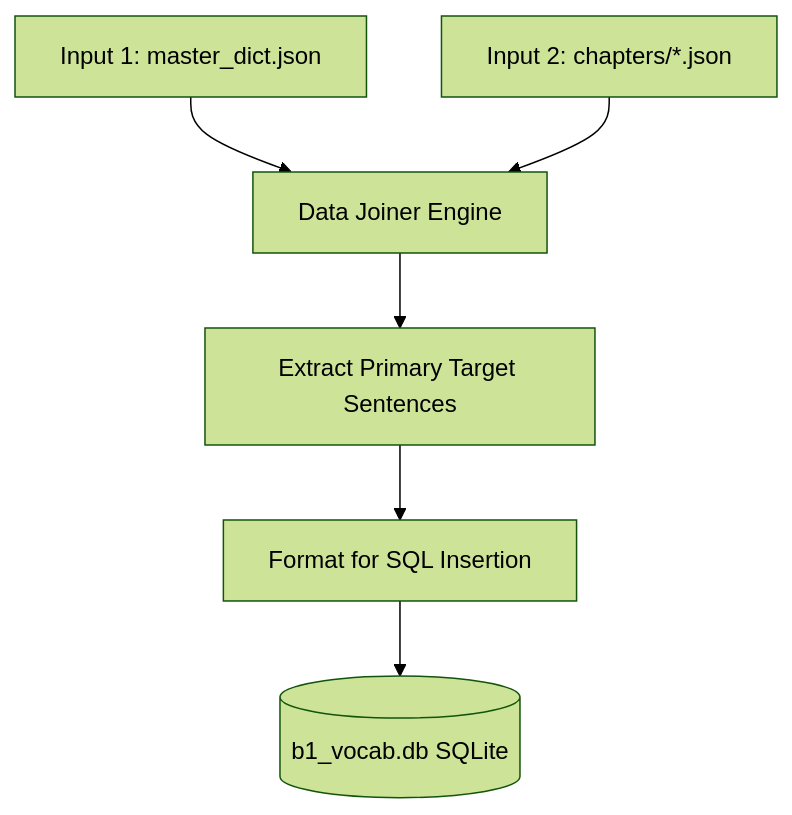
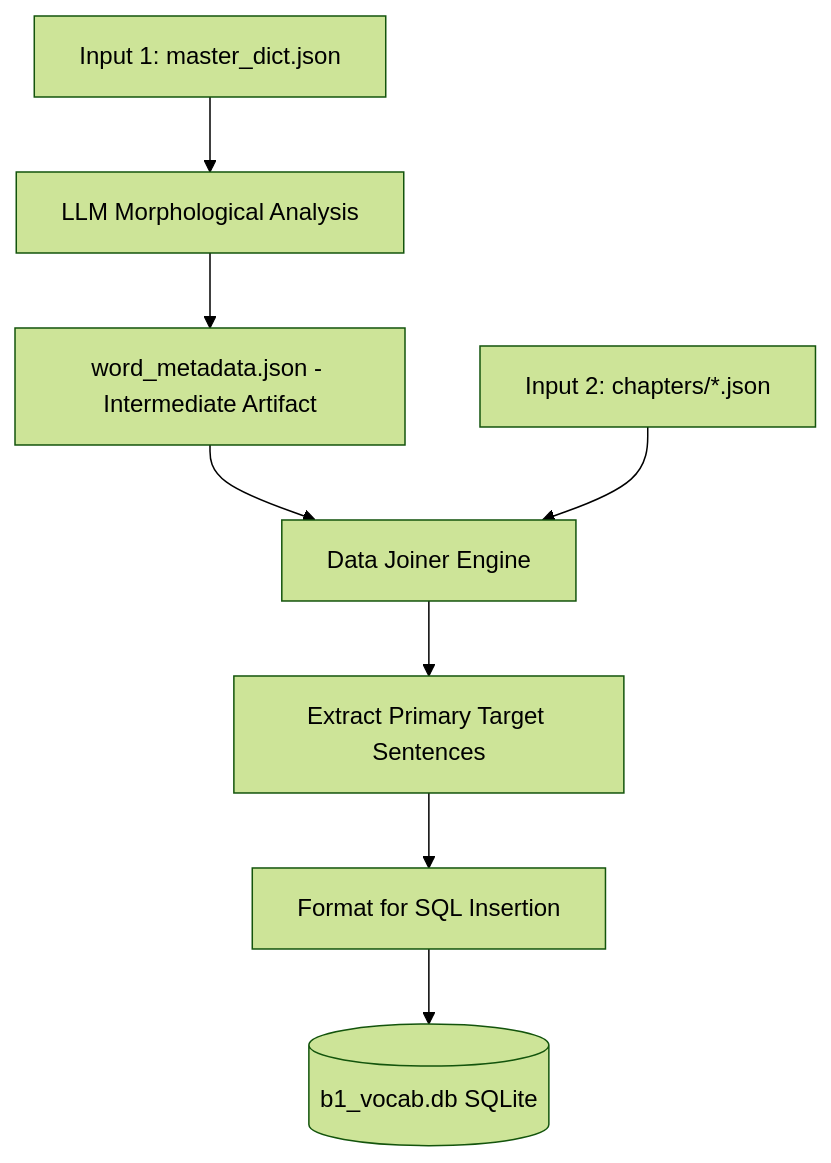
The diagram in docs/SPEC_03_DATABASE_EXPORT.md (biogerm/language-learner), drawn with Mermaid (forest theme) before and after one commit. The commit also changed other lines of this file and 1 other file, not shown here.

Commit message:
docs: major update to SPEC_03 — add morphological analysis step, full schema with verb/noun/adj columns, phrase exemption rule, audio filename field, and reinforced validation rules

````diff
--- a/docs/SPEC_03_DATABASE_EXPORT.md
+++ b/docs/SPEC_03_DATABASE_EXPORT.md
@@ -9,8 +11,10 @@
 ```mermaid
 graph TD
-    A[Input 1: master_dict.json] --> C[Data Joiner Engine]
+    A[Input 1: master_dict.json] --> C0[LLM Morphological Analysis]
+    C0 --> C1[word_metadata.json - Intermediate Artifact]
+    C1 --> C[Data Joiner Engine]
     B[Input 2: chapters/*.json] --> C
     C --> D[Extract Primary Target Sentences]
     D --> E[Format for SQL Insertion]
     E --> F[(b1_vocab.db SQLite)]
 ```
````
